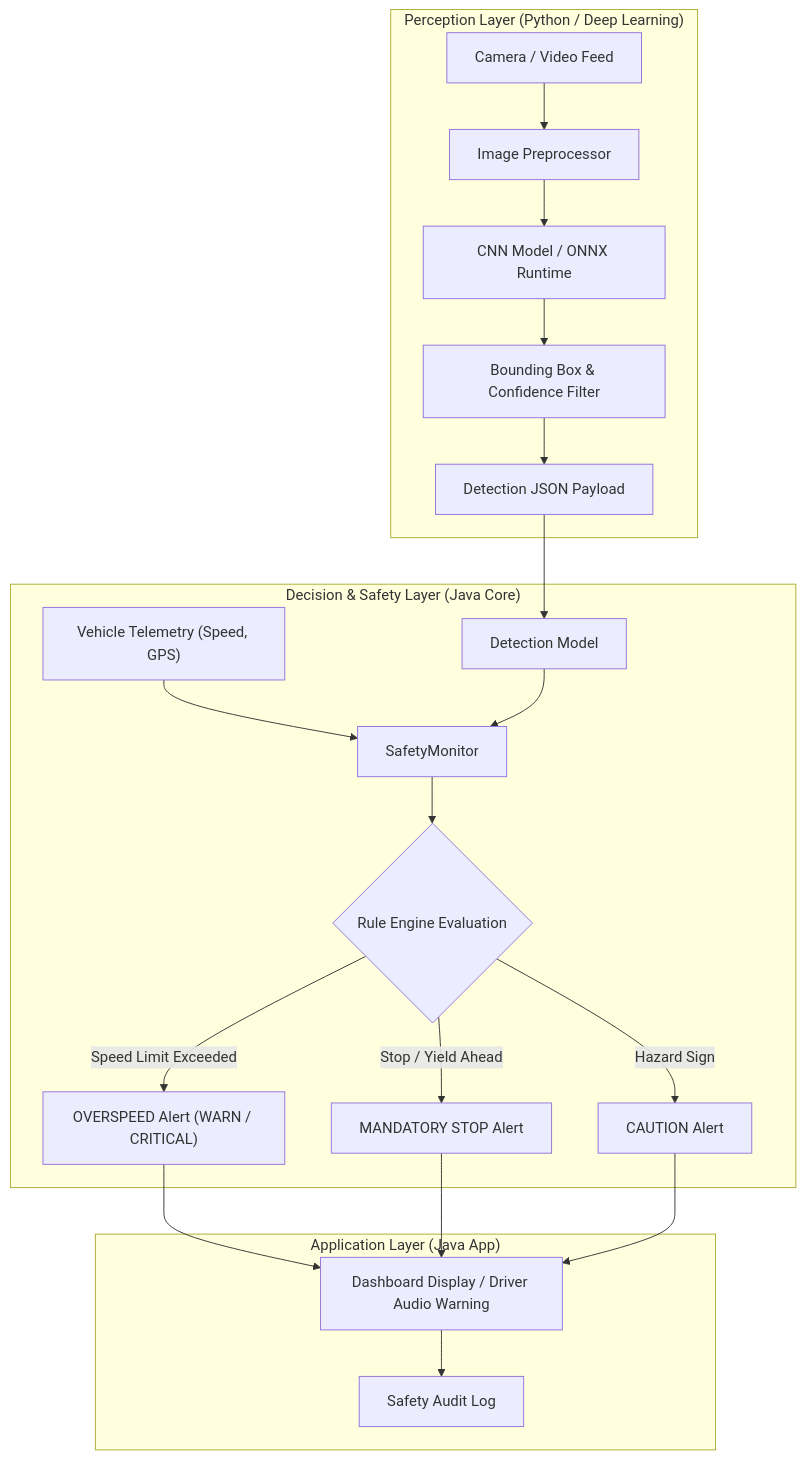
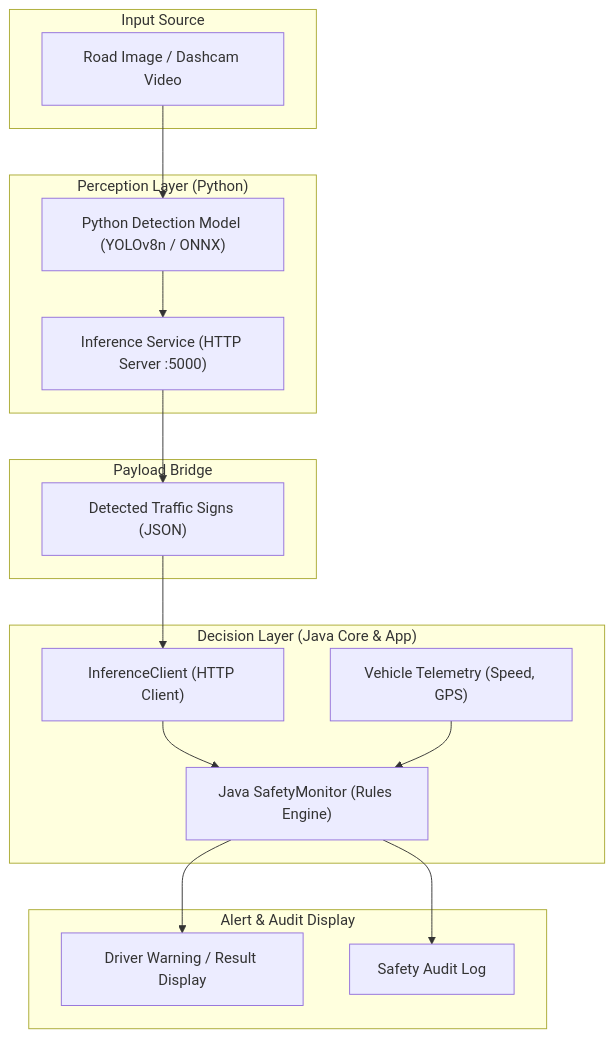
One commit to shubhamjena28/traffic-sign-recognition-road-safety changed the diagram in docs/architecture.md. Above: the diagram before and after it, drawn with Mermaid. The commit also changed other lines of this file and 9 other files, not shown here.

Commit message:
Connect Java application to Python model via HTTP service and complete docs and data management

````diff
--- a/docs/architecture.md
+++ b/docs/architecture.md
@@ -5,26 +27,34 @@
 ```mermaid
 flowchart TD
-    subgraph PerceptionLayer["Perception Layer (Python / Deep Learning)"]
-        A["Camera / Video Feed"] --> B["Image Preprocessor"]
-        B --> C["CNN Model / ONNX Runtime"]
-        C --> D["Bounding Box & Confidence Filter"]
-        D --> E["Detection JSON Payload"]
+    subgraph Input["Input Source"]
+        A["Road Image / Dashcam Video"]
     end
 
-    subgraph DecisionLayer["Decision & Safety Layer (Java Core)"]
-        E --> F["Detection Model"]
-        G["Vehicle Telemetry (Speed, GPS)"] --> H["SafetyMonitor"]
-        F --> H
-        H --> I{"Rule Engine Evaluation"}
-        I -->|"Speed Limit Exceeded"| J["OVERSPEED Alert (WARN / CRITICAL)"]
-        I -->|"Stop / Yield Ahead"| K["MANDATORY STOP Alert"]
-        I -->|"Hazard Sign"| L["CAUTION Alert"]
+    subgraph Perception["Perception Layer (Python)"]
+        B["Python Detection Model (YOLOv8n / ONNX)"]
+        C["Inference Service (HTTP Server :5000)"]
+        A --> B
+        B --> C
     end
 
-    subgraph ApplicationLayer["Application Layer (Java App)"]
-        J --> M["Dashboard Display / Driver Audio Warning"]
-        K --> M
-        L --> M
-        M --> N["Safety Audit Log"]
+    subgraph Detections["Payload Bridge"]
+        D["Detected Traffic Signs (JSON)"]
+        C --> D
+    end
+
+    subgraph Decision["Decision Layer (Java Core & App)"]
+        E["InferenceClient (HTTP Client)"]
+        F["Java SafetyMonitor (Rules Engine)"]
+        G["Vehicle Telemetry (Speed, GPS)"]
+        D --> E
+        E --> F
+        G --> F
+    end
+
+    subgraph Display["Alert & Audit Display"]
+        H["Driver Warning / Result Display"]
+        I["Safety Audit Log"]
+        F --> H
+        F --> I
     end
 ```
````
